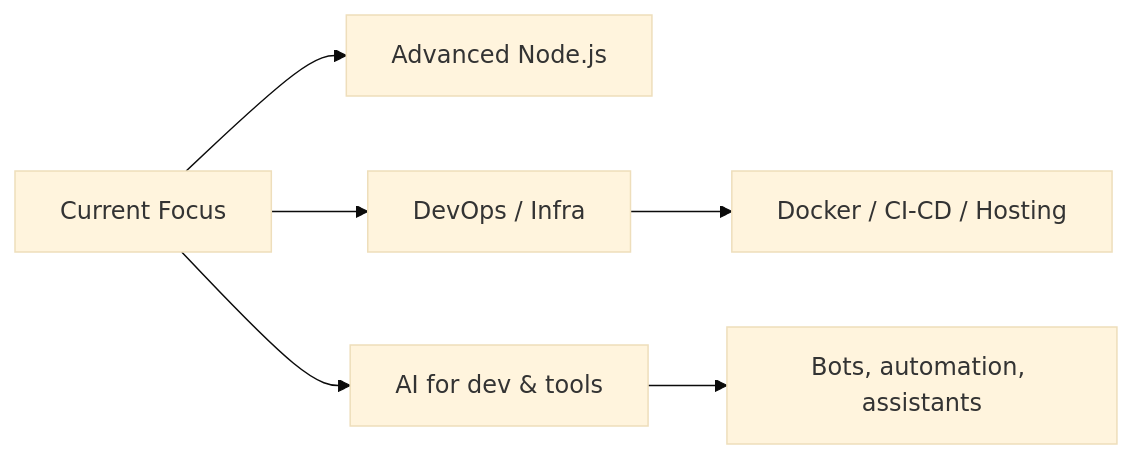
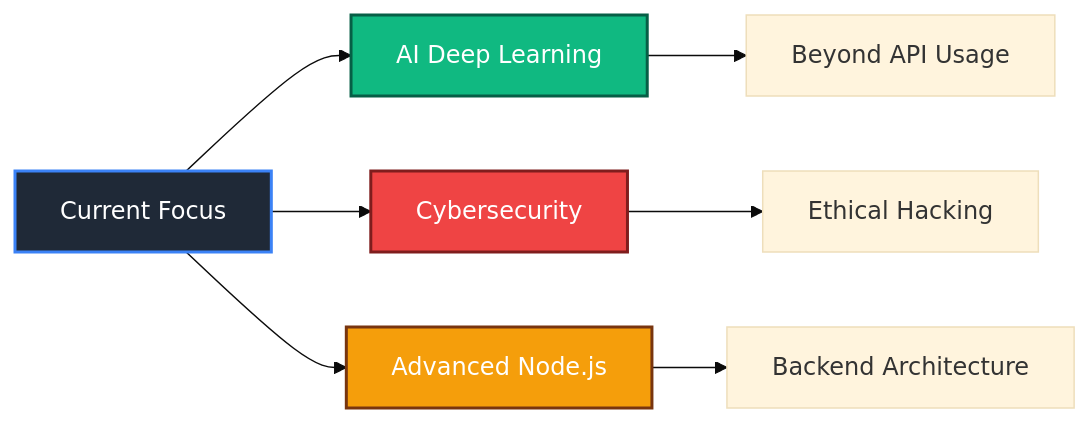
Before and after one commit to C4ptainF0xy/C4ptainF0xy: the diagram in README.md, drawn with Mermaid (base theme). The commit also changed other lines of this file, not shown here.

````diff
--- a/README.md
+++ b/README.md
@@ -75,8 +141,13 @@
 ```mermaid
 graph LR
-A[Current Focus] --> B[Advanced Node.js]
-A --> C[DevOps / Infra]
-A --> D[AI for dev & tools]
-C --> E[Docker / CI-CD / Hosting]
-D --> F[Bots, automation, assistants]
+A[Current Focus] --> B[AI Deep Learning]
+A --> C[Cybersecurity]
+A --> D[Advanced Node.js]
+B --> E[Beyond API Usage]
+C --> F[Ethical Hacking]
+D --> G[Backend Architecture]
+style A fill:#1f2937,stroke:#3b82f6,stroke-width:2px,color:#fff
+style B fill:#10b981,stroke:#065f46,stroke-width:2px,color:#fff
+style C fill:#ef4444,stroke:#7f1d1d,stroke-width:2px,color:#fff
+style D fill:#f59e0b,stroke:#78350f,stroke-width:2px,color:#fff
 ```
````
